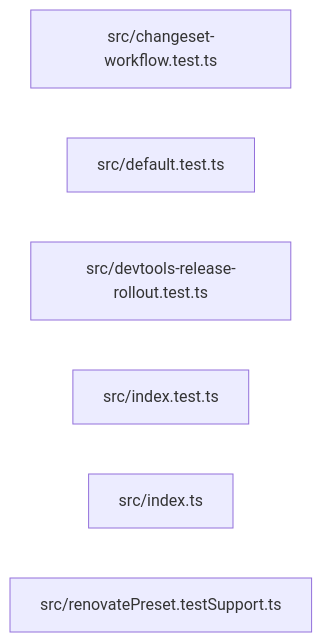
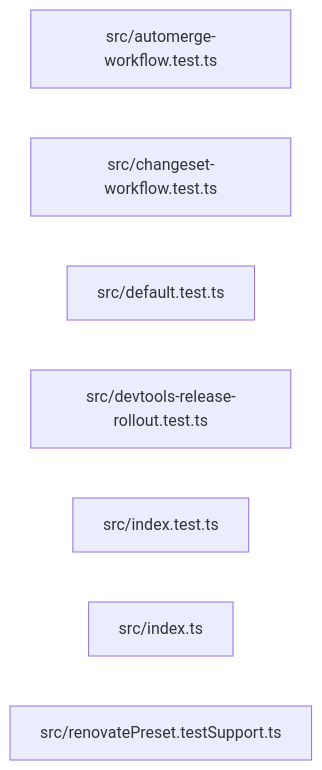
The diagram in paradox/diagrams/export-graph.mmd (ankhorage/renovate), drawn with Mermaid before and after one commit. The commit also changed 14 other files, not shown here.

```diff
--- a/paradox/diagrams/export-graph.mmd
+++ b/paradox/diagrams/export-graph.mmd
@@ -1,7 +1,8 @@
 graph LR
+  module_src_automerge_workflow_test_ts["src/automerge-workflow.test.ts"]
   module_src_changeset_workflow_test_ts["src/changeset-workflow.test.ts"]
   module_src_default_test_ts["src/default.test.ts"]
   module_src_devtools_release_rollout_test_ts["src/devtools-release-rollout.test.ts"]
   module_src_index_test_ts["src/index.test.ts"]
   module_src_index_ts["src/index.ts"]
   module_src_renovatePreset_testSupport_ts["src/renovatePreset.testSupport.ts"]
```
